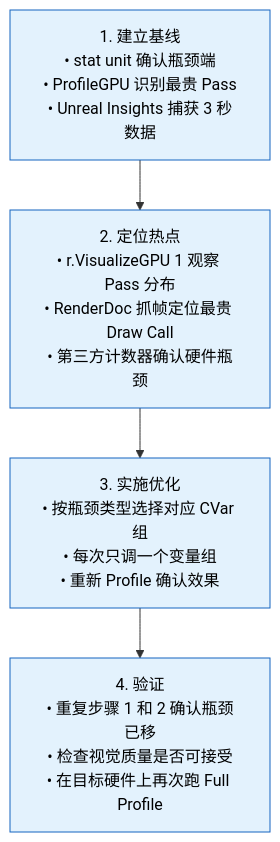
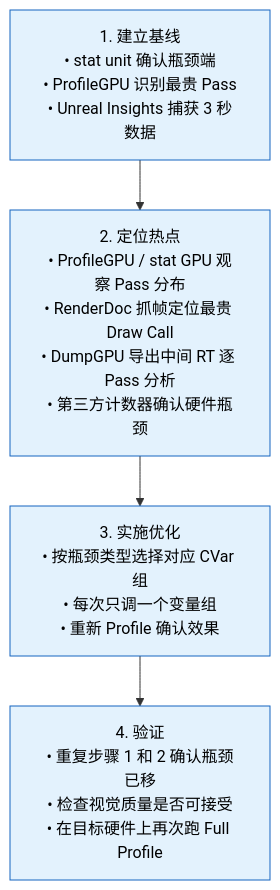
The second of 2 diagrams in references/ue-rendering/card-04-performance.md (MotionlessPeri/agent_coding_guidelines), drawn with Mermaid before and after one commit. The commit also changed other lines of this file and 8 other files, not shown here.

````diff
--- a/references/ue-rendering/card-04-performance.md
+++ b/references/ue-rendering/card-04-performance.md
@@ -509,9 +760,9 @@
 ```mermaid
 flowchart TD
-    A["1. 建立基线<br/>• stat unit 确认瓶颈端<br/>• ProfileGPU 识别最贵 Pass<br/>• Unreal Insights 捕获 3 秒数据"] --> B["2. 定位热点<br/>• r.VisualizeGPU 1 观察 Pass 分布<br/>• RenderDoc 抓帧定位最贵 Draw Call<br/>• 第三方计数器确认硬件瓶颈"]
+    A["1. 建立基线<br/>• stat unit 确认瓶颈端<br/>• ProfileGPU 识别最贵 Pass<br/>• Unreal Insights 捕获 3 秒数据"] --> B["2. 定位热点<br/>• ProfileGPU / stat GPU 观察 Pass 分布<br/>• RenderDoc 抓帧定位最贵 Draw Call<br/>• DumpGPU 导出中间 RT 逐 Pass 分析<br/>• 第三方计数器确认硬件瓶颈"]
     B --> C["3. 实施优化<br/>• 按瓶颈类型选择对应 CVar 组<br/>• 每次只调一个变量组<br/>• 重新 Profile 确认效果"]
     C --> D["4. 验证<br/>• 重复步骤 1 和 2 确认瓶颈已移<br/>• 检查视觉质量是否可接受<br/>• 在目标硬件上再次跑 Full Profile"]
 
     classDef step fill:#e3f2fd,stroke:#1565c0,color:#000
     class A,B,C,D step
 ```
````
